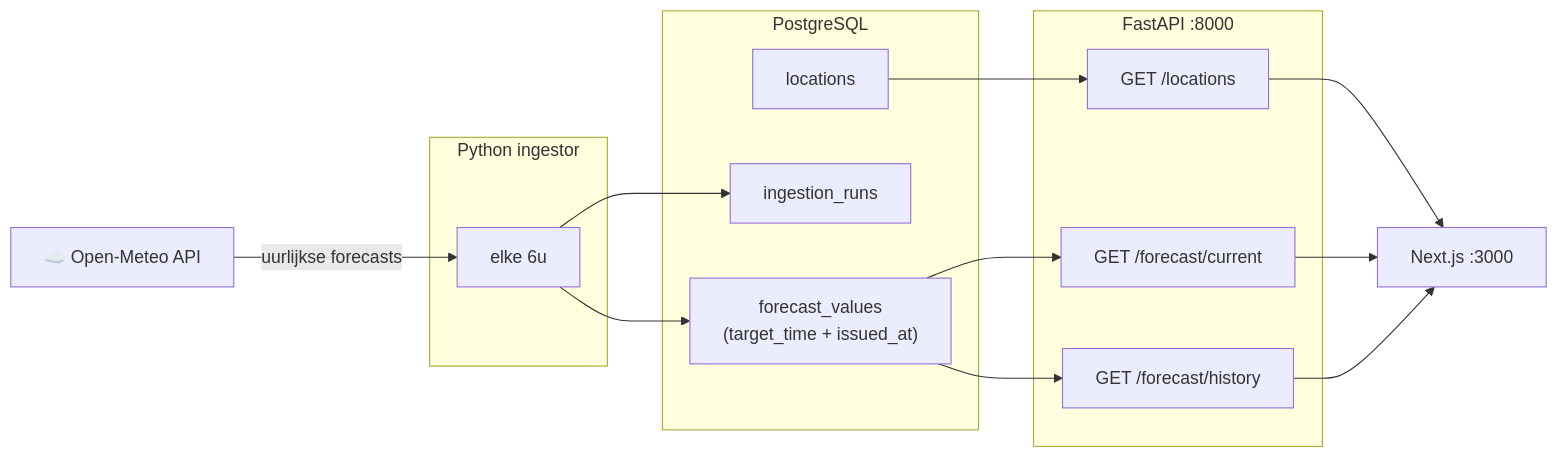
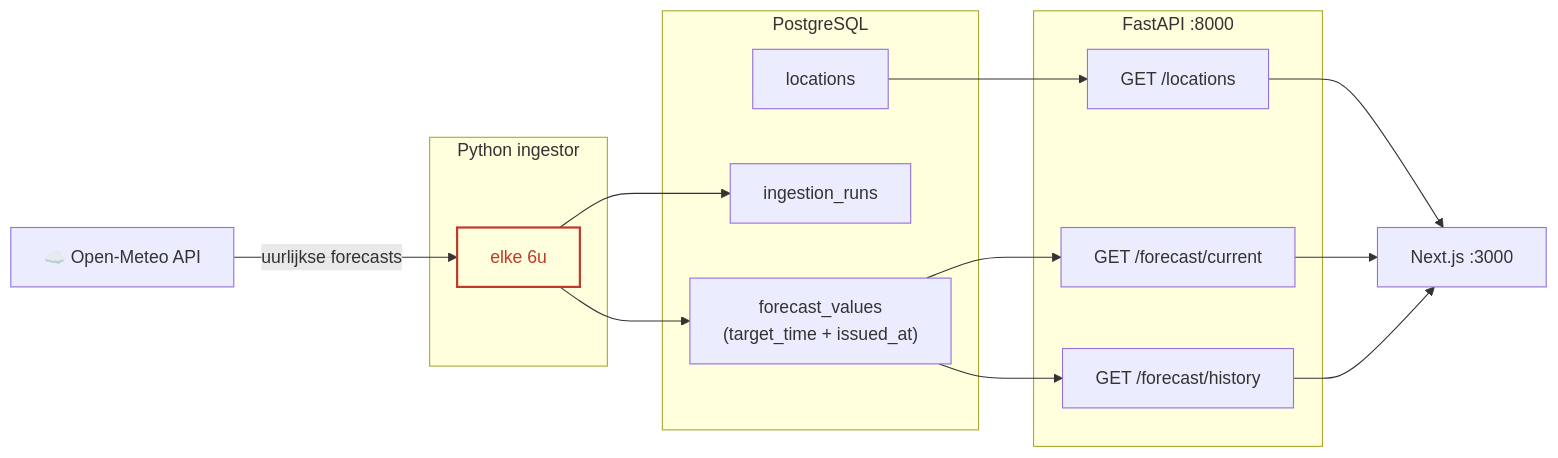
The diagram in PLAN.md (Technician33/ella-weather), drawn with Mermaid before and after one commit. The commit also changed 1 other file, not shown here.

Commit message:
Update README and PLAN wording
Claude-Session: https://claude.ai/code/session_01TMzFDxQpQoXisC55KtVBZo

````diff
--- a/PLAN.md
+++ b/PLAN.md
@@ -22,32 +22,35 @@
 ```mermaid
 flowchart LR
     OM["☁️ Open-Meteo API"]
 
     subgraph ingestor["Python ingestor"]
         ING["elke 6u"]
     end
 
     subgraph db["PostgreSQL"]
         LOC["locations"]
         RUNS["ingestion_runs"]
         VALS["forecast_values\n(target_time + issued_at)"]
     end
 
     subgraph api["FastAPI :8000"]
         E1["GET /locations"]
         E2["GET /forecast/current"]
         E3["GET /forecast/history"]
     end
 
     UI["Next.js :3000"]
 
     OM -->|uurlijkse forecasts| ING
     ING --> RUNS
     ING --> VALS
     VALS --> E2
     VALS --> E3
     LOC --> E1
     E1 --> UI
     E2 --> UI
     E3 --> UI
+
+    style ING fill:none,stroke:#c0392b,stroke-width:2px,color:#c0392b
+
 ```
````
